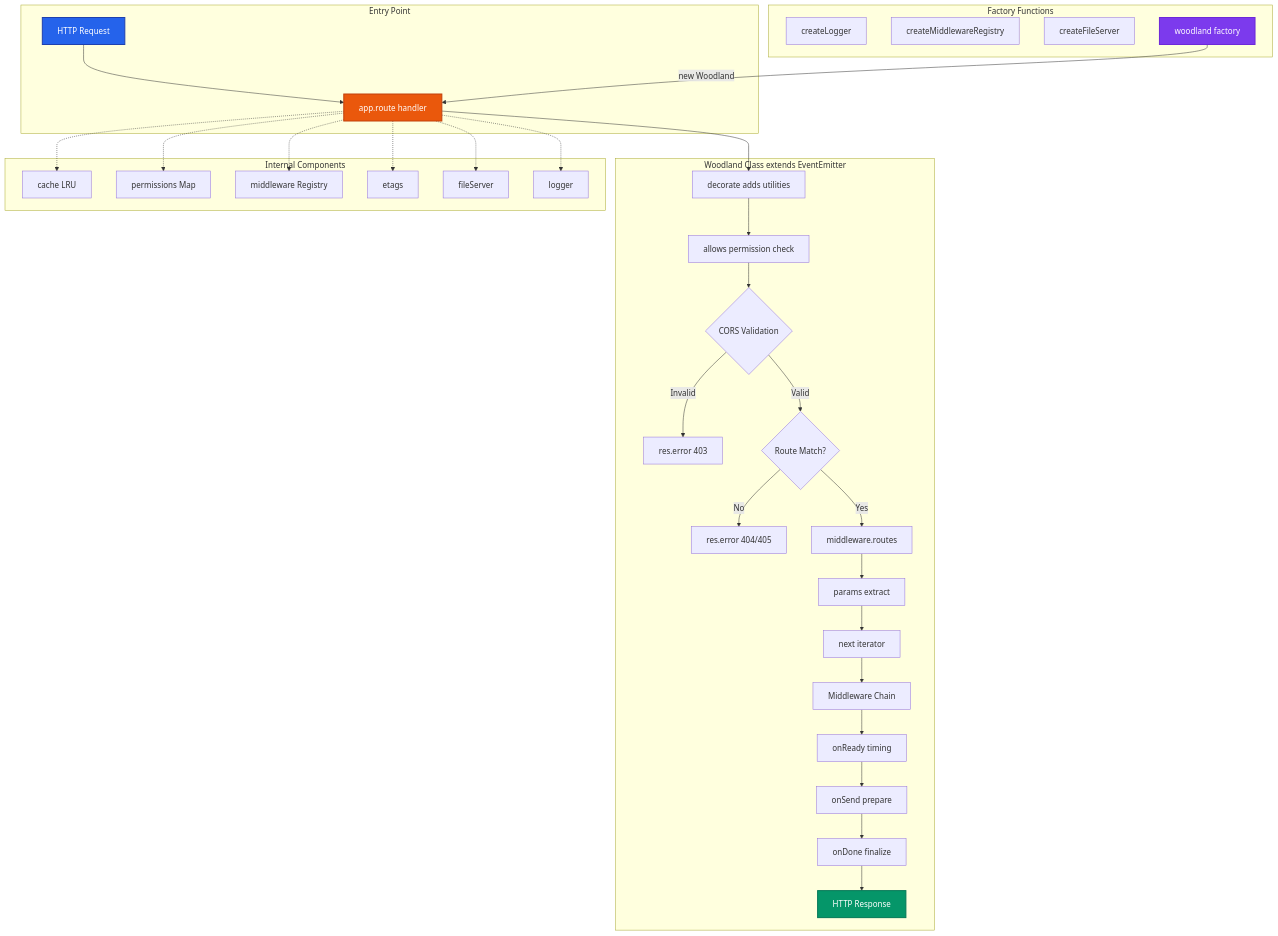
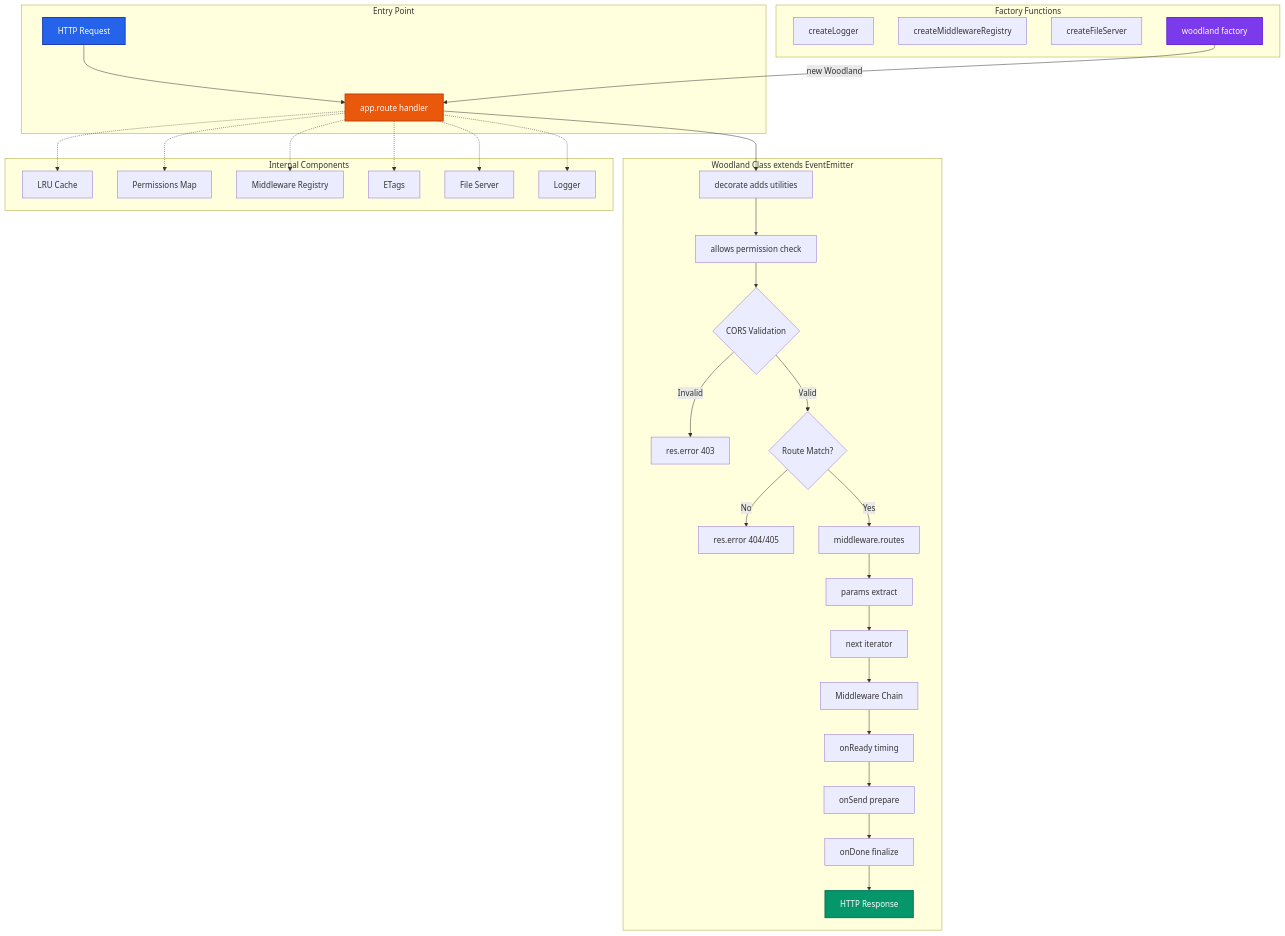
Before and after one commit to avoidwork/woodland: the first of 9 diagrams in docs/TECHNICAL_DOCUMENTATION.md, drawn with Mermaid.

````diff
--- a/docs/TECHNICAL_DOCUMENTATION.md
+++ b/docs/TECHNICAL_DOCUMENTATION.md
@@ -53,52 +53,52 @@
 ```mermaid
 graph TB
     subgraph "Entry Point"
         A[HTTP Request] --> B[app.route handler]
     end
 
     subgraph "Woodland Class extends EventEmitter"
         B --> C[decorate adds utilities]
         C --> D[allows permission check]
         D --> E{CORS Validation}
         E -->|Invalid| F[res.error 403]
         E -->|Valid| G{Route Match?}
         G -->|No| H[res.error 404/405]
         G -->|Yes| I[middleware.routes]
         I --> J[params extract]
         J --> K[next iterator]
         K --> L[Middleware Chain]
         L --> M[onReady timing]
         M --> N[onSend prepare]
         N --> O[onDone finalize]
         O --> P[HTTP Response]
     end
 
     subgraph "Internal Components"
-        Q[cache LRU]
-        R[permissions Map]
-        S[middleware Registry]
-        T[etags]
-        U[fileServer]
-        V[logger]
+        Q[LRU Cache]
+        R[Permissions Map]
+        S[Middleware Registry]
+        T[ETags]
+        U[File Server]
+        V[Logger]
     end
 
     subgraph "Factory Functions"
         W[createLogger]
         X[createMiddlewareRegistry]
         Y[createFileServer]
         Z[woodland factory]
     end
 
     B -.-> Q
     B -.-> R
     B -.-> S
     B -.-> T
     B -.-> U
     B -.-> V
     Z -->|new Woodland| B
 
     style A fill:#2563eb,stroke:#1e40af,stroke-width:2px,color:#ffffff
     style P fill:#059669,stroke:#047857,stroke-width:2px,color:#ffffff
     style B fill:#ea580c,stroke:#c2410c,stroke-width:2px,color:#ffffff
     style Z fill:#7c3aed,stroke:#6d28d9,stroke-width:2px,color:#ffffff
 ```
````
